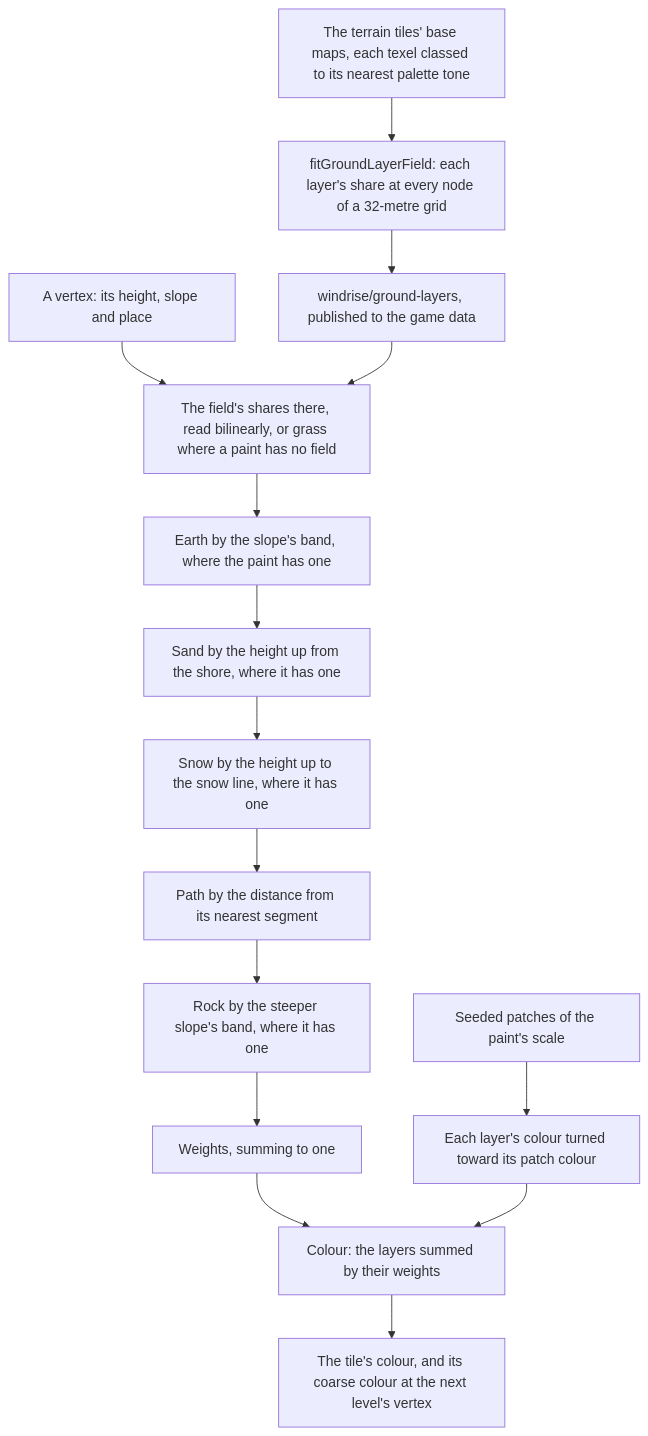
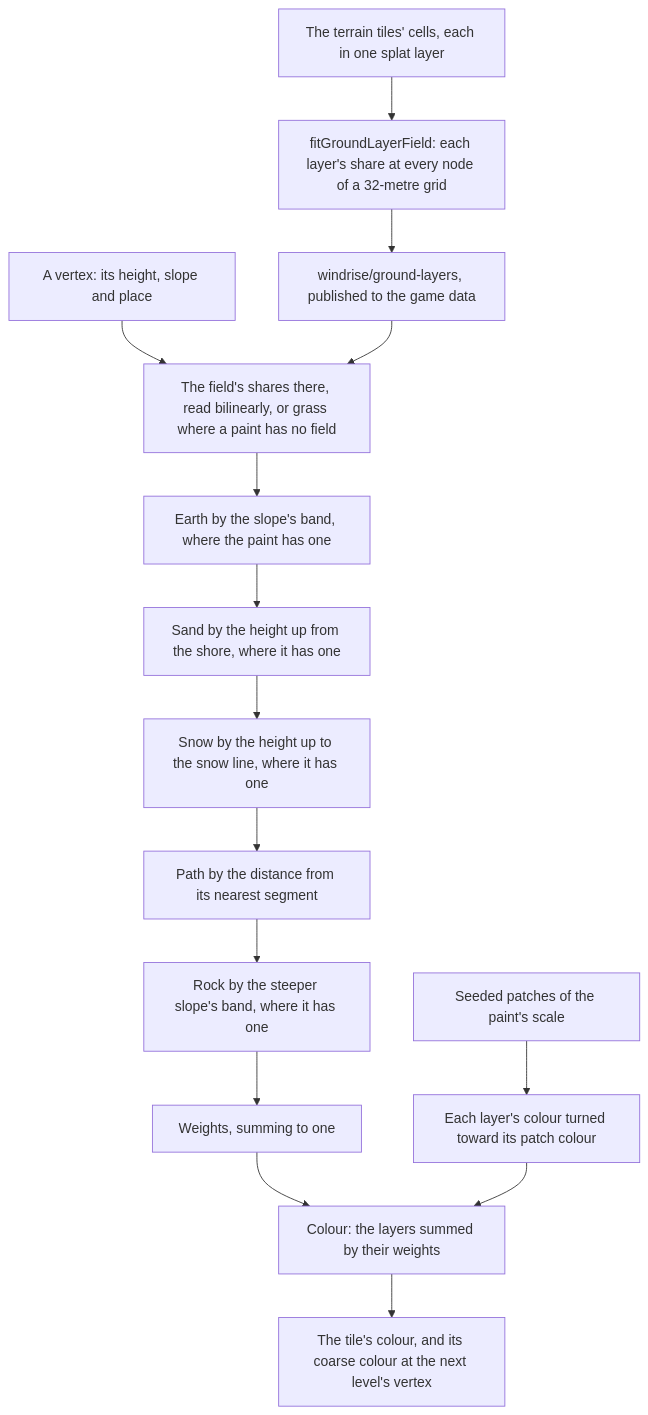
Before and after one commit to Esposter/Esposter: the diagram in apps/web/content/docs/genshin/ground-paint.md, drawn with Mermaid. The commit also changed other lines of this file and 26 other files, not shown here.

First line of the commit message:
feat(genshin-assets): the ground's layers read off the tiles' own cells, their kinds naming grass, earth, rock, snow and sand and the road stone the path

````diff
--- a/apps/web/content/docs/genshin/ground-paint.md
+++ b/apps/web/content/docs/genshin/ground-paint.md
@@ -12,17 +12,17 @@
 ```mermaid
 flowchart TD
-  BM["The terrain tiles' base maps, each texel classed to its nearest palette tone"] --> FIT["fitGroundLayerField: each layer's share at every node of a 32-metre grid"]
+  BM["The terrain tiles' cells, each in one splat layer"] --> FIT["fitGroundLayerField: each layer's share at every node of a 32-metre grid"]
   FIT --> F["windrise/ground-layers, published to the game data"]
   V["A vertex: its height, slope and place"] --> L["The field's shares there, read bilinearly, or grass where a paint has no field"]
   F --> L
   L --> E["Earth by the slope's band, where the paint has one"]
   E --> S["Sand by the height up from the shore, where it has one"]
   S --> N["Snow by the height up to the snow line, where it has one"]
   N --> P["Path by the distance from its nearest segment"]
   P --> R["Rock by the steeper slope's band, where it has one"]
   R --> W["Weights, summing to one"]
   NOISE["Seeded patches of the paint's scale"] --> C["Each layer's colour turned toward its patch colour"]
   W --> SUM["Colour: the layers summed by their weights"]
   C --> SUM
   SUM --> TILE["The tile's colour, and its coarse colour at the next level's vertex"]
 ```
````
